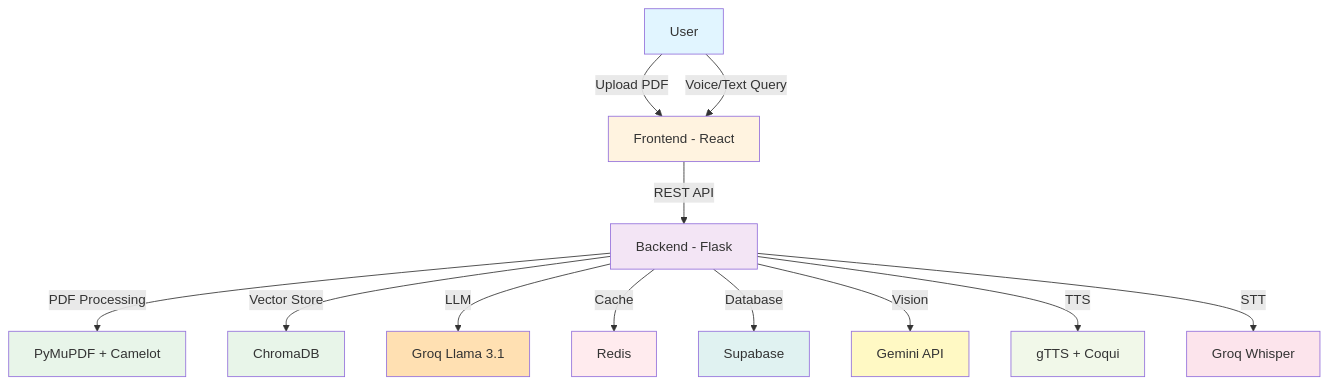
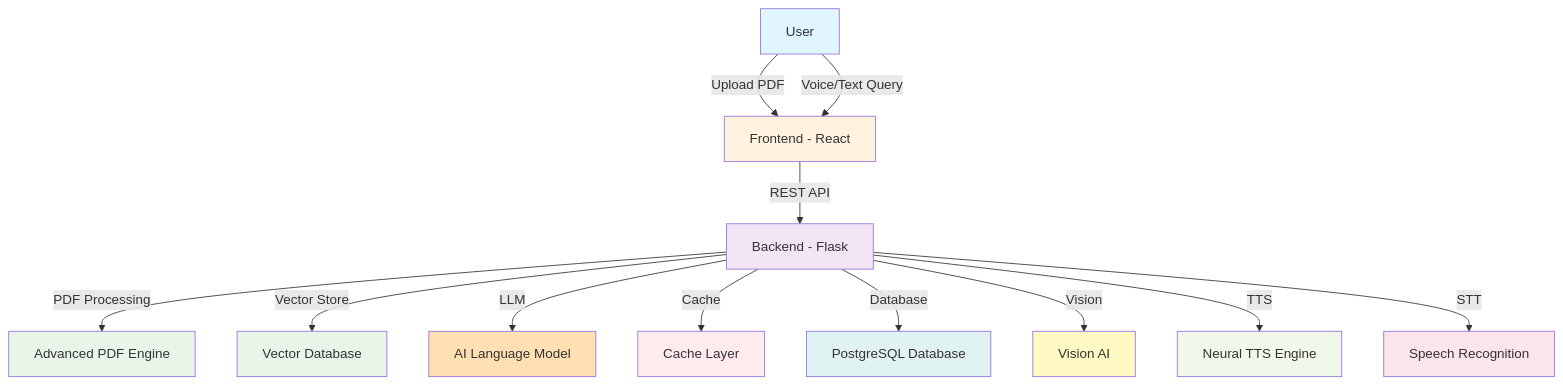
Before and after one commit to choudharikiranv15/DocuMind-Voice-QA-System: the diagram in README.md, drawn with Mermaid. The commit also changed other lines of this file and 4 other files, not shown here.

````diff
--- a/README.md
+++ b/README.md
@@ -92,26 +92,26 @@
 ```mermaid
 graph TB
     A[User] -->|Upload PDF| B[Frontend - React]
     A -->|Voice/Text Query| B
     B -->|REST API| C[Backend - Flask]
-    C -->|PDF Processing| D[PyMuPDF + Camelot]
-    C -->|Vector Store| E[ChromaDB]
-    C -->|LLM| F[Groq Llama 3.1]
-    C -->|Cache| G[Redis]
-    C -->|Database| H[Supabase]
-    C -->|Vision| I[Gemini API]
-    C -->|TTS| J[gTTS + Coqui]
-    C -->|STT| K[Groq Whisper]
+    C -->|PDF Processing| D[Advanced PDF Engine]
+    C -->|Vector Store| E[Vector Database]
+    C -->|LLM| F[AI Language Model]
+    C -->|Cache| G[Cache Layer]
+    C -->|Database| H[PostgreSQL Database]
+    C -->|Vision| I[Vision AI]
+    C -->|TTS| J[Neural TTS Engine]
+    C -->|STT| K[Speech Recognition]
 
     style A fill:#e1f5ff
     style B fill:#fff3e0
     style C fill:#f3e5f5
     style D fill:#e8f5e9
     style E fill:#e8f5e9
     style F fill:#ffe0b2
     style G fill:#ffebee
     style H fill:#e0f2f1
     style I fill:#fff9c4
     style J fill:#f1f8e9
     style K fill:#fce4ec
 ```
````
